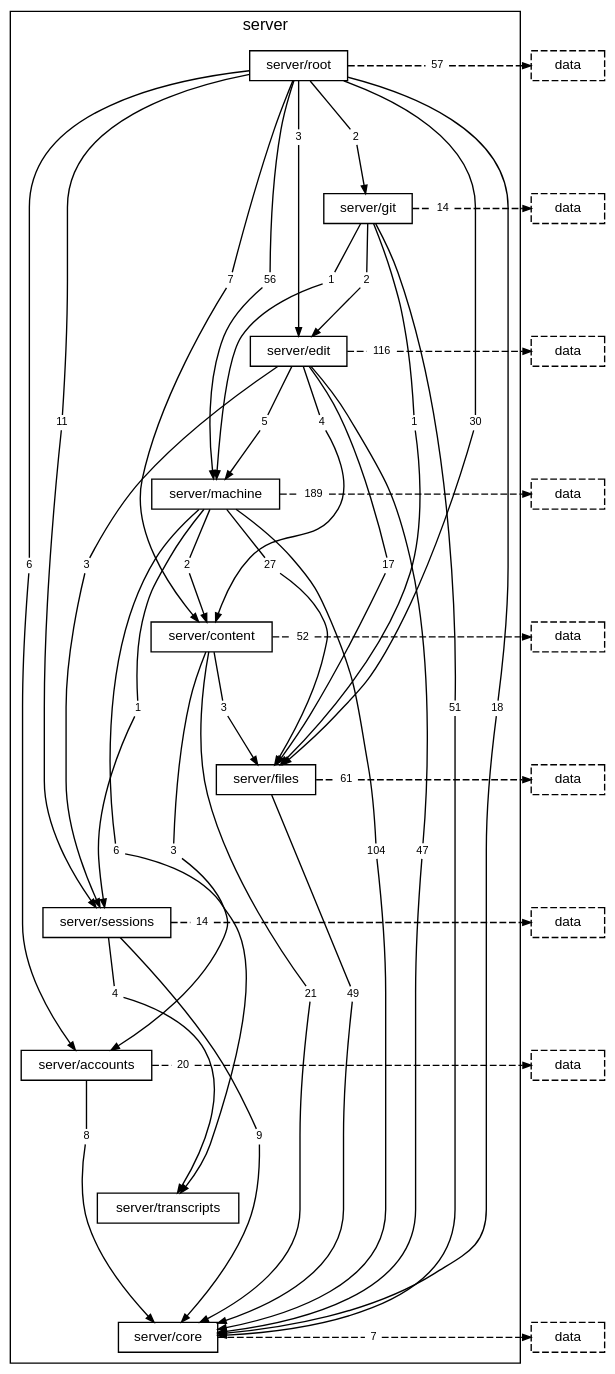
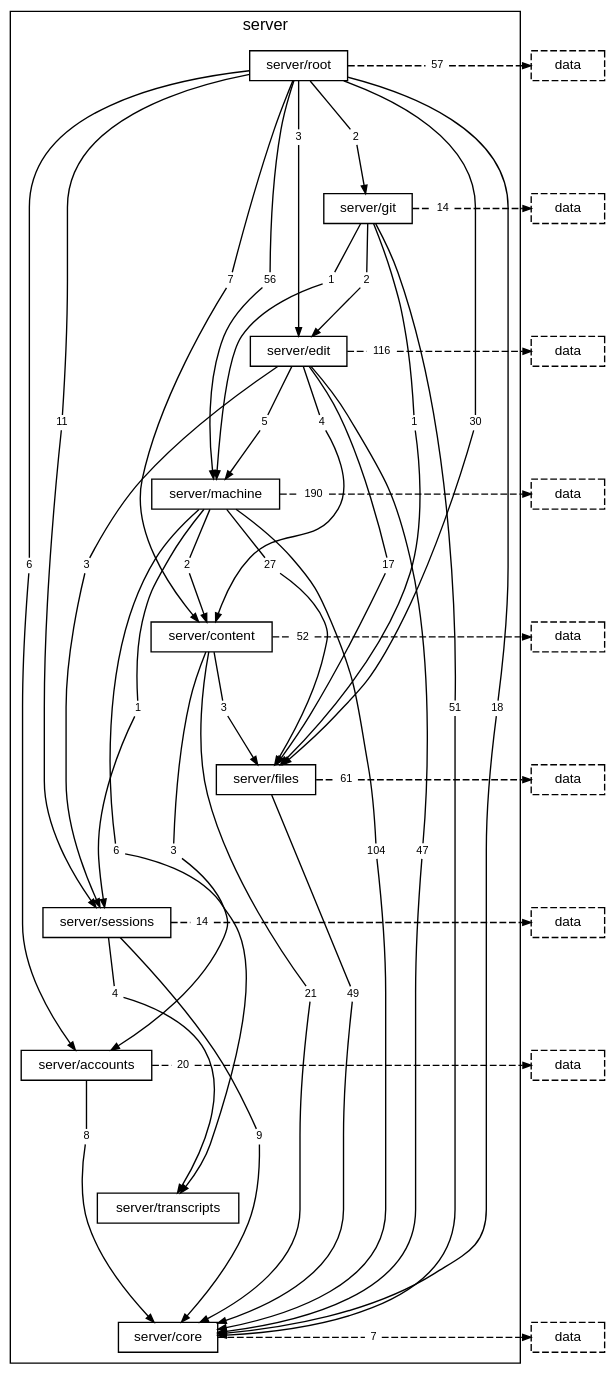
One commit to TheAxeC/oculus changed the diagram in docs/diagrams/layer-server.dot. Above: the diagram before and after it, drawn with Graphviz. The commit also changed 27 other files, not shown here.

```diff
--- a/docs/diagrams/layer-server.dot
+++ b/docs/diagrams/layer-server.dot
@@ -39,7 +39,7 @@
         "folder server/machine to folder server/files" [label="27", shape=box, color="transparent", fontsize=8, width=0, height=0, margin="0.04,0.02"];
         "folder server/machine to folder server/sessions" [label="1", shape=box, color="transparent", fontsize=8, width=0, height=0, margin="0.04,0.02"];
         "folder server/machine to folder server/transcripts" [label="6", shape=box, color="transparent", fontsize=8, width=0, height=0, margin="0.04,0.02"];
-        "folder server/machine to layer data" [label="189", shape=box, color="transparent", fontsize=8, width=0, height=0, margin="0.04,0.02"];
+        "folder server/machine to layer data" [label="190", shape=box, color="transparent", fontsize=8, width=0, height=0, margin="0.04,0.02"];
         "folder server/content to folder server/accounts" [label="3", shape=box, color="transparent", fontsize=8, width=0, height=0, margin="0.04,0.02"];
         "folder server/content to folder server/core" [label="21", shape=box, color="transparent", fontsize=8, width=0, height=0, margin="0.04,0.02"];
         "folder server/content to folder server/files" [label="3", shape=box, color="transparent", fontsize=8, width=0, height=0, margin="0.04,0.02"];
```
